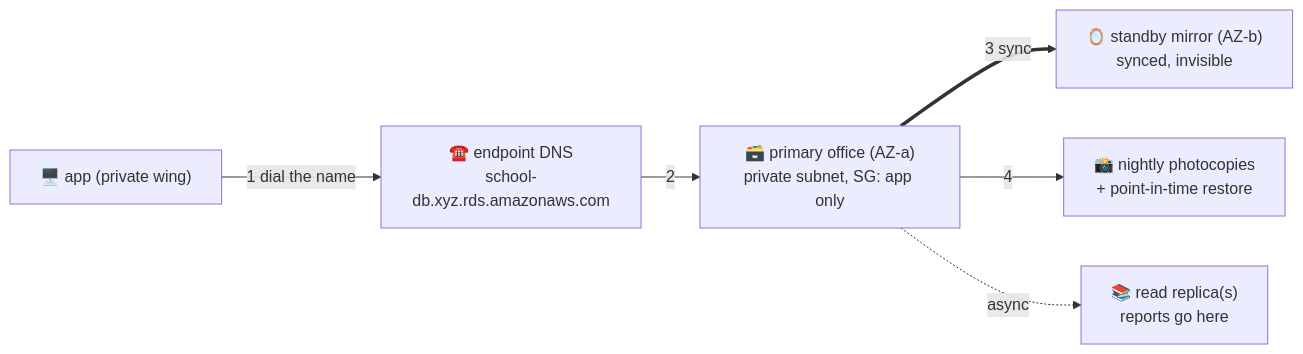
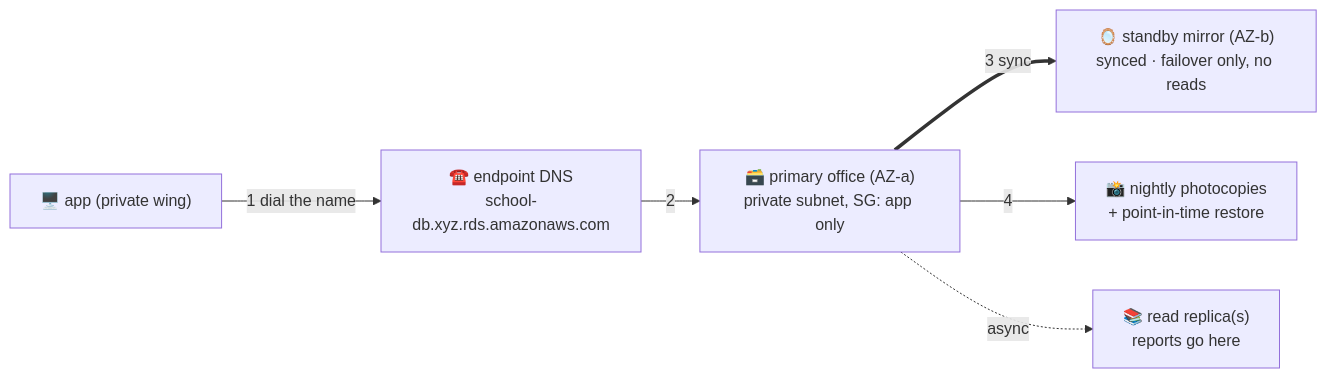
Before and after one commit to BaluRaut/learn-aws-school: the diagram in lessons/17-rds/README.md, drawn with Mermaid. The commit also changed other lines of this file and 3 other files, not shown here.

````diff
--- a/lessons/17-rds/README.md
+++ b/lessons/17-rds/README.md
@@ -41,13 +44,13 @@
 ```mermaid
 flowchart LR
     app["🖥️ app (private wing)"]
     ep["☎️ endpoint DNS<br/>school-db.xyz.rds.amazonaws.com"]
     p["🗃️ primary office (AZ-a)<br/>private subnet, SG: app only"]
-    m["🪞 standby mirror (AZ-b)<br/>synced, invisible"]
+    m["🪞 standby mirror (AZ-b)<br/>synced · failover only, no reads"]
     bak["📸 nightly photocopies<br/>+ point-in-time restore"]
     rr["📚 read replica(s)<br/>reports go here"]
     app -->|"1 dial the name"| ep -->|"2"| p
     p ==>|"3 sync"| m
     p -->|"4"| bak
     p -.->|"async"| rr
 ```
````
